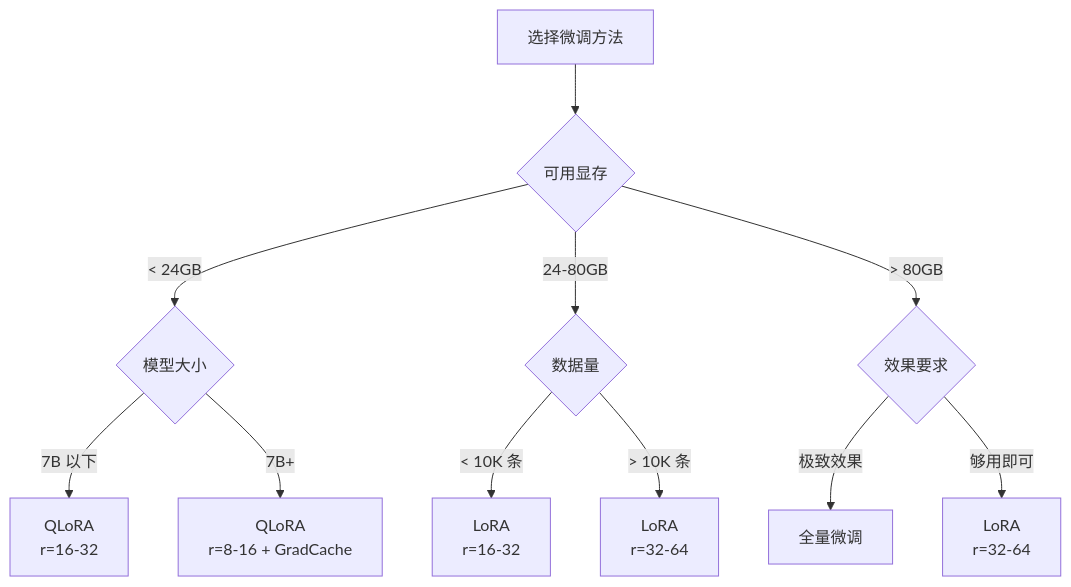
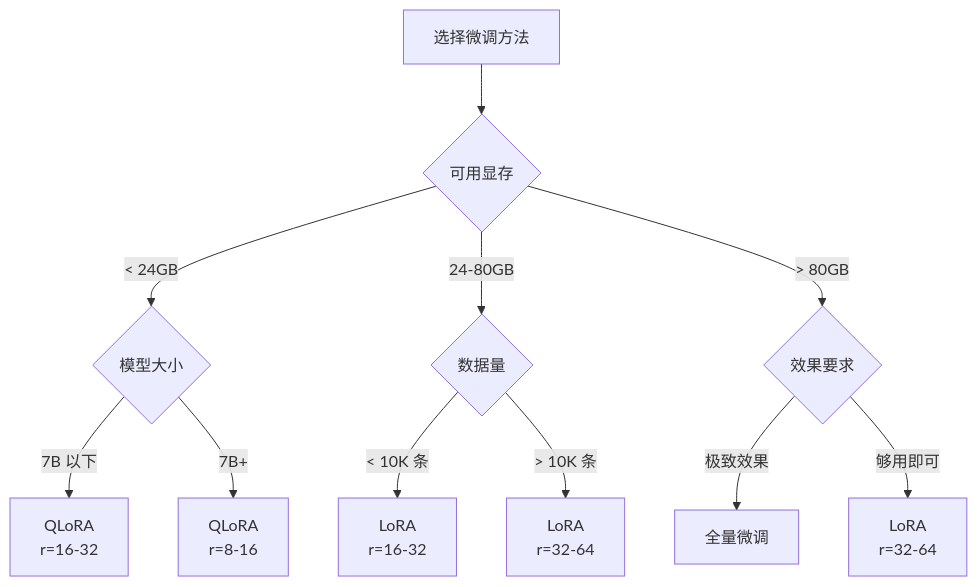
One commit to moklgydocs/moklgydocs.github.io changed the third of 3 diagrams in src/AI实践/07_AI工程师专栏/05_模型微调与推理优化/01_微调技术选型.md. Above: the diagram before and after it, drawn with Mermaid. The commit also changed other lines of this file and 5 other files, not shown here.

````diff
--- a/src/AI实践/07_AI工程师专栏/05_模型微调与推理优化/01_微调技术选型.md
+++ b/src/AI实践/07_AI工程师专栏/05_模型微调与推理优化/01_微调技术选型.md
@@ -142,13 +142,13 @@
 ```mermaid
 graph TD
     A[选择微调方法] --> B{可用显存}
     B -->|< 24GB| C{模型大小}
     C -->|7B 以下| D[QLoRA\nr=16-32]
-    C -->|7B+| E[QLoRA\nr=8-16 + GradCache]
+    C -->|7B+| E[QLoRA\nr=8-16]
     B -->|24-80GB| F{数据量}
     F -->|< 10K 条| G[LoRA\nr=16-32]
     F -->|> 10K 条| H[LoRA\nr=32-64]
     B -->|> 80GB| I{效果要求}
     I -->|极致效果| J[全量微调]
     I -->|够用即可| K[LoRA\nr=32-64]
 ```
````
